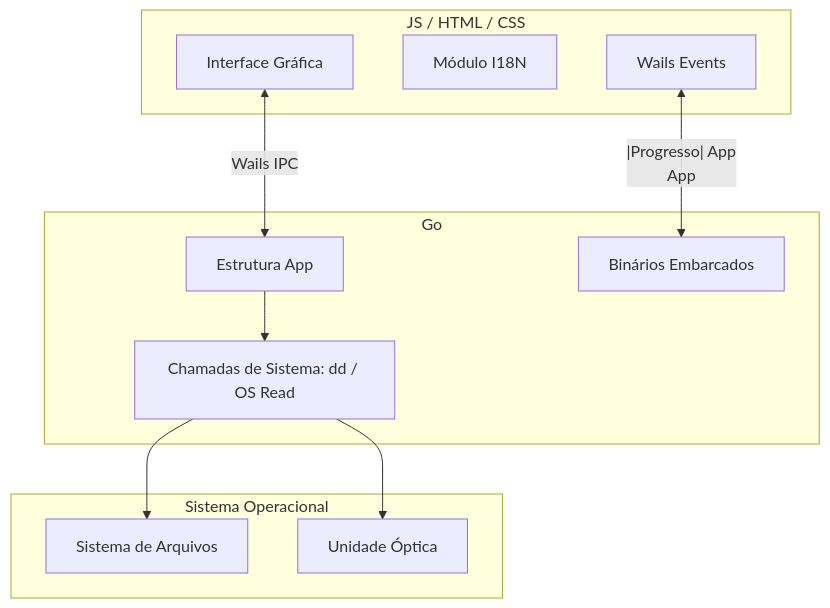
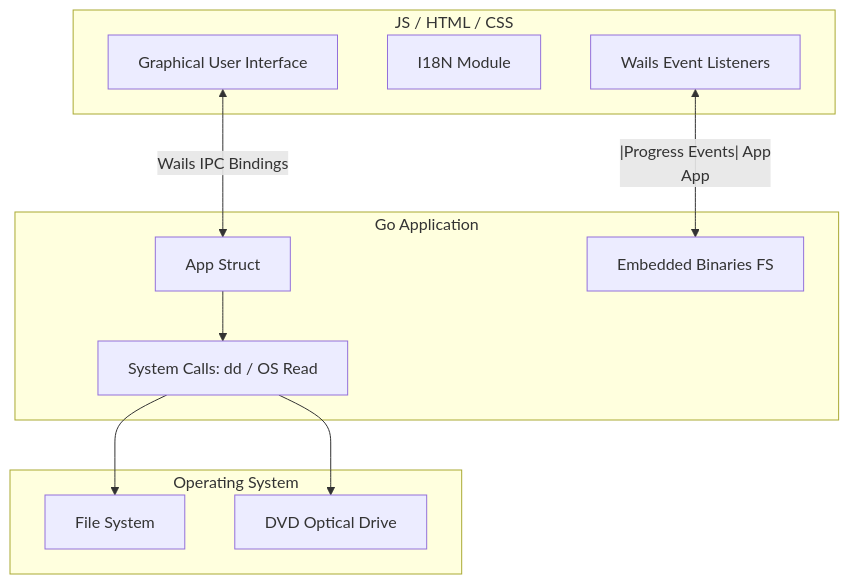
Before and after one commit to erascardsilva/xboxforgod: the diagram in README.md, drawn with Mermaid. The commit also changed other lines of this file, not shown here.

````diff
--- a/README.md
+++ b/README.md
@@ -31,26 +31,26 @@
 ```mermaid
 graph TD
     subgraph Frontend [JS / HTML / CSS]
-        UI[Interface Gráfica]
-        I18N[Módulo I18N]
-        Events[Wails Events]
+        UI[Graphical User Interface]
+        I18N[I18N Module]
+        Events[Wails Event Listeners]
     end
 
-    subgraph Backend [Go]
-        App[Estrutura App]
-        Embed[Binários Embarcados]
-        Syscall[Chamadas de Sistema: dd / OS Read]
+    subgraph Backend [Go Application]
+        App[App Struct]
+        Embed[Embedded Binaries FS]
+        Syscall[System Calls: dd / OS Read]
     end
     
-    subgraph Host OS [Sistema Operacional]
-        FS[Sistema de Arquivos]
-        DVD[Unidade Óptica]
+    subgraph Host OS [Operating System]
+        FS[File System]
+        DVD[DVD Optical Drive]
     end
 
-    UI <-->|Wails IPC| App
-    Events <--|Progresso| App
+    UI <-->|Wails IPC Bindings| App
+    Events <--|Progress Events| App
     App --> Embed
     App --> Syscall
     Syscall --> FS
     Syscall --> DVD
 ```
````
